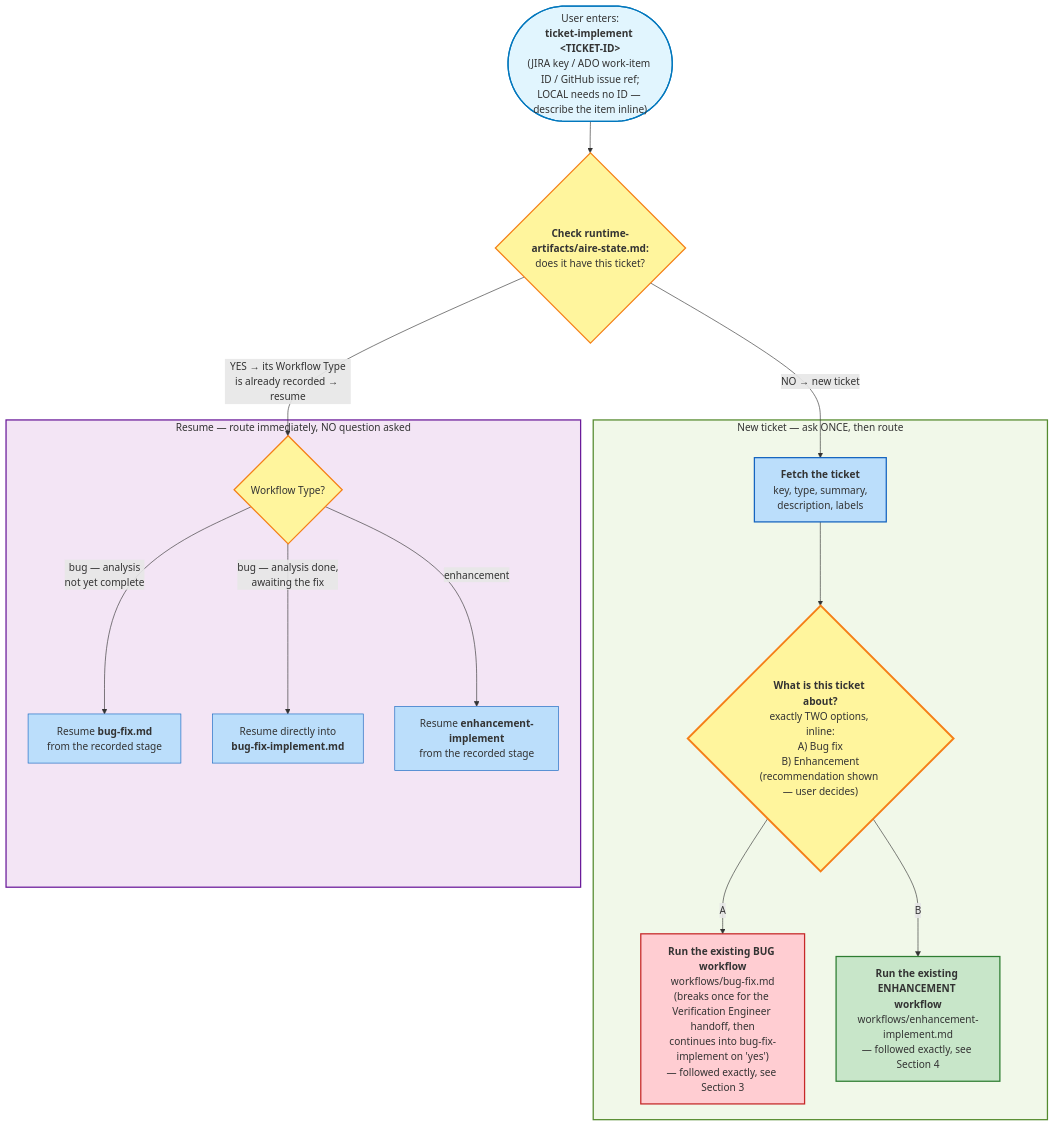
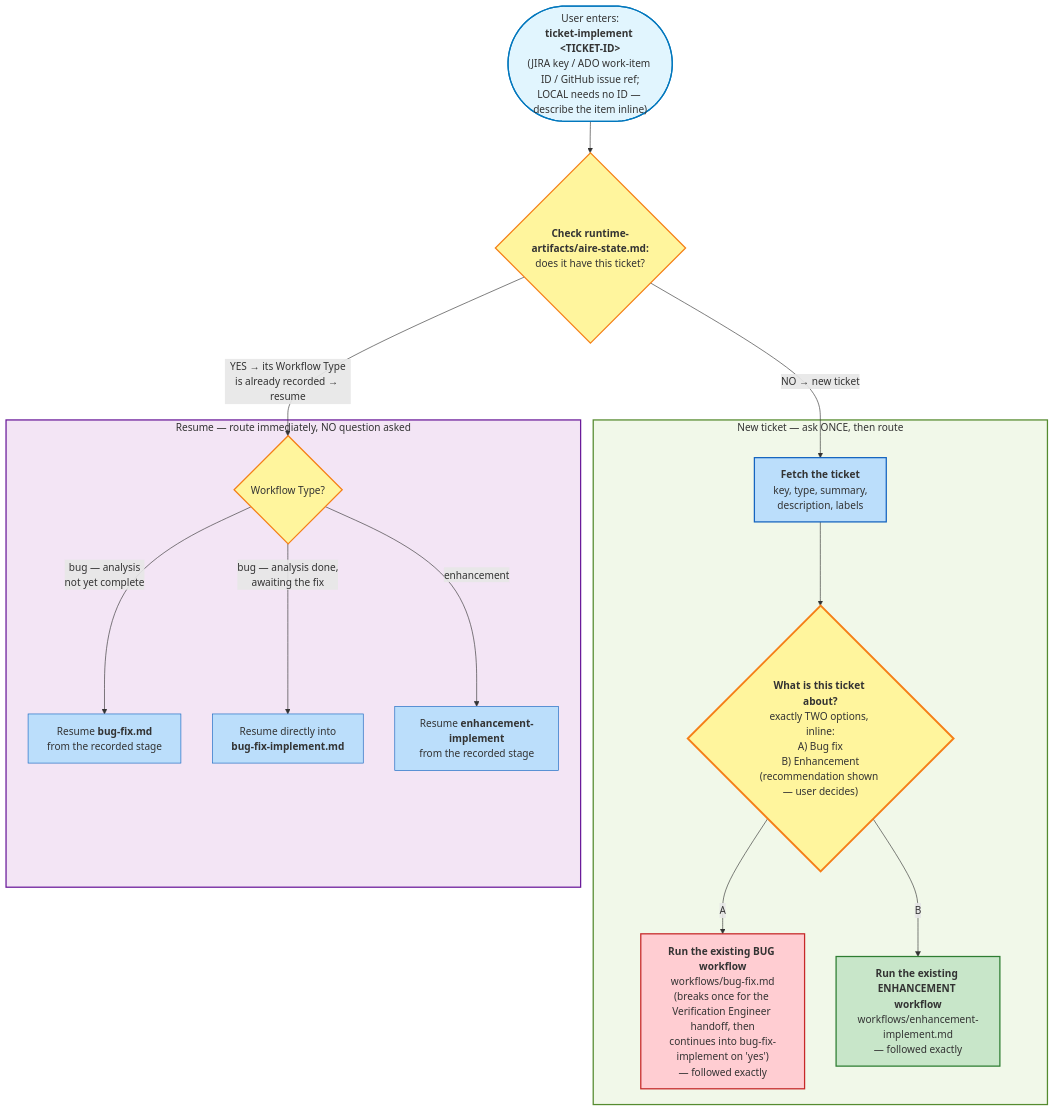
One commit to Shailendrayadav0666/billing-cycle-copy changed the fifth of 10 diagrams in aire-workflow/aire-workflow-diagram.md. Above: the diagram before and after it, drawn with Mermaid. The commit also changed other lines of this file and 30 other files, not shown here.

````diff
--- a/aire-workflow/aire-workflow-diagram.md
+++ b/aire-workflow/aire-workflow-diagram.md
@@ -893,49 +893,49 @@
 ```mermaid
 flowchart TD
     TRIGGER(["User enters:<br/><b>ticket-implement &lt;TICKET-ID&gt;</b><br/>(JIRA key / ADO work-item ID / GitHub issue ref;<br/>LOCAL needs no ID — describe the item inline)"])
 
     TRIGGER --> STATE{"<b>Check runtime-artifacts/aire-state.md:</b><br/>does it have this ticket?"}
 
     %% ═══════════════════════════════════════════════════
     %% MAIN FLOW — NEW TICKET (no prior state)
     %% ═══════════════════════════════════════════════════
 
     STATE -->|"NO → new ticket"| FETCH
 
     subgraph NEWFLOW ["New ticket — ask ONCE, then route"]
         FETCH["<b>Fetch the ticket</b><br/>key, type, summary,<br/>description, labels"]
 
         FETCH --> ASK{"<b>What is this ticket about?</b><br/>exactly TWO options, inline:<br/>A) Bug fix<br/>B) Enhancement<br/>(recommendation shown — user decides)"}
 
-        ASK -->|"A"| BUG["<b>Run the existing BUG workflow</b><br/>workflows/bug-fix.md<br/>(breaks once for the Verification Engineer handoff, then<br/>continues into bug-fix-implement on 'yes')<br/>— followed exactly, see Section 3"]
-        ASK -->|"B"| ENH["<b>Run the existing ENHANCEMENT workflow</b><br/>workflows/enhancement-implement.md<br/>— followed exactly, see Section 4"]
+        ASK -->|"A"| BUG["<b>Run the existing BUG workflow</b><br/>workflows/bug-fix.md<br/>(breaks once for the Verification Engineer handoff, then<br/>continues into bug-fix-implement on 'yes')<br/>— followed exactly"]
+        ASK -->|"B"| ENH["<b>Run the existing ENHANCEMENT workflow</b><br/>workflows/enhancement-implement.md<br/>— followed exactly"]
     end
 
     %% ═══════════════════════════════════════════════════
     %% RESUME — CLASSIFICATION ALREADY MADE (no question)
     %% ═══════════════════════════════════════════════════
 
     STATE -->|"YES → its Workflow Type<br/>is already recorded → resume"| RTYPE
 
     subgraph RESUMEFLOW ["Resume — route immediately, NO question asked"]
         RTYPE{"Workflow Type?"}
         RTYPE -->|"bug — analysis<br/>not yet complete"| RBUG["Resume <b>bug-fix.md</b><br/>from the recorded stage"]
         RTYPE -->|"bug — analysis done,<br/>awaiting the fix"| RBUGIMPL["Resume directly into<br/><b>bug-fix-implement.md</b>"]
         RTYPE -->|"enhancement"| RENH["Resume <b>enhancement-implement</b><br/>from the recorded stage"]
     end
 
 
 
     style TRIGGER fill:#E1F5FE,stroke:#0277BD,stroke-width:2px
     style STATE fill:#FFF59D,stroke:#F57F17,stroke-width:2px
     style FETCH fill:#BBDEFB,stroke:#1565C0,stroke-width:2px
     style ASK fill:#FFF59D,stroke:#F57F17,stroke-width:3px
     style BUG fill:#FFCDD2,stroke:#C62828,stroke-width:2px
     style ENH fill:#C8E6C9,stroke:#2E7D32,stroke-width:2px
     style RTYPE fill:#FFF59D,stroke:#F57F17,stroke-width:2px
     style RBUG fill:#BBDEFB,stroke:#1565C0
     style RBUGIMPL fill:#BBDEFB,stroke:#1565C0
     style RENH fill:#BBDEFB,stroke:#1565C0
     style NEWFLOW fill:#F1F8E9,stroke:#558B2F,stroke-width:2px
     style RESUMEFLOW fill:#F3E5F5,stroke:#6A1B9A,stroke-width:2px
 ```
````
